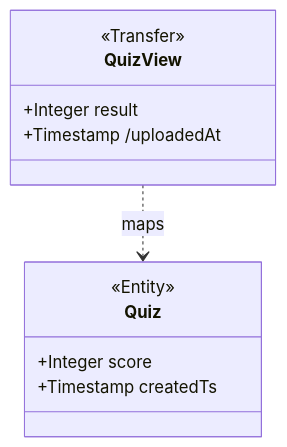
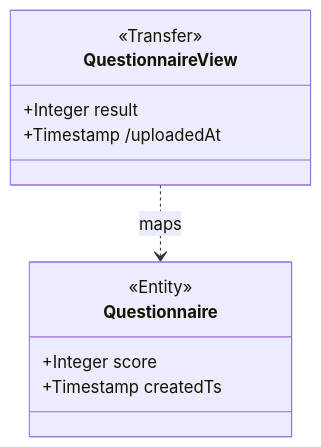
Before and after one commit to BlackBeltTechnology/judo-blueprint: the diagram in catalog/best-practices/model/attribute-renaming-in-transfer.md, drawn with Mermaid. The commit also changed other lines of this file and 538 other files, not shown here.

````diff
--- a/catalog/best-practices/model/attribute-renaming-in-transfer.md
+++ b/catalog/best-practices/model/attribute-renaming-in-transfer.md
@@ -64,14 +64,14 @@
 ```mermaid
 classDiagram
-  class Quiz {
+  class Questionnaire {
     <<Entity>>
     +Integer score
     +Timestamp createdTs
   }
-  class QuizView {
+  class QuestionnaireView {
     <<Transfer>>
     +Integer result
     +Timestamp /uploadedAt
   }
-  QuizView ..> Quiz : maps
+  QuestionnaireView ..> Questionnaire : maps
 ```
````
